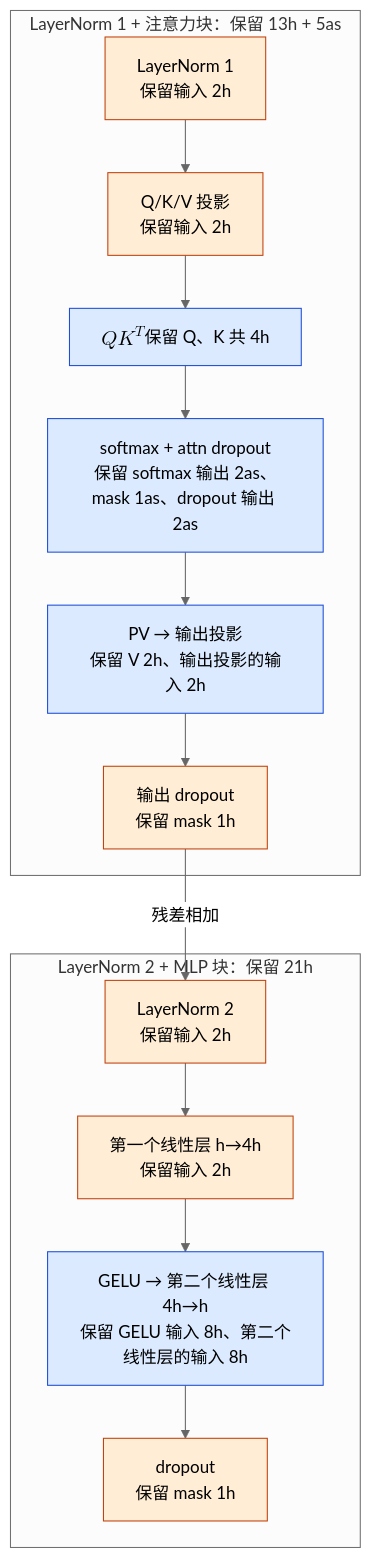
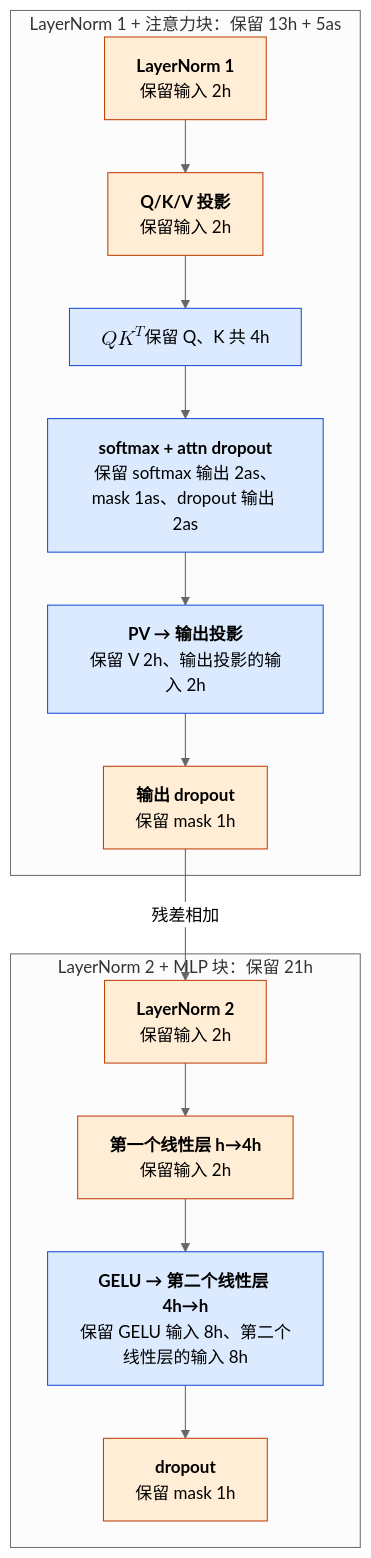
Before and after one commit to arganzheng/arganzheng.github.com: the first of 2 diagrams in _posts/2026-07-15-training-state-anatomy-memory-and-mfu.md, drawn with Mermaid (neutral theme). The commit also changed other lines of this file and 8 other files, not shown here.

First line of the commit message:
大规模训练工程：从并行策略到容错恢复：Mermaid 多行方框的首行标为标题（9 篇）

````diff
--- a/_posts/2026-07-15-training-state-anatomy-memory-and-mfu.md
+++ b/_posts/2026-07-15-training-state-anatomy-memory-and-mfu.md
@@ -365,25 +365,25 @@
 ```mermaid
 %% 图：一层为反向保留的激活：橙色六项 10h 切不开，蓝色四个节点 24h 可按 TP 切开，softmax 一项是 5as
 flowchart TB
     subgraph attn["LayerNorm 1 + 注意力块：保留 13h + 5as"]
-        LN1["LayerNorm 1<br/>保留输入 2h"]
-        QKV["Q/K/V 投影<br/>保留输入 2h"]
-        SC["$$QK^T$$<br/>保留 Q、K 共 4h"]
-        SM["softmax + attn dropout<br/>保留 softmax 输出 2as、mask 1as、dropout 输出 2as"]
-        PV["PV → 输出投影<br/>保留 V 2h、输出投影的输入 2h"]
-        DO1["输出 dropout<br/>保留 mask 1h"]
+        LN1["<b>LayerNorm 1</b><br/>保留输入 2h"]
+        QKV["<b>Q/K/V 投影</b><br/>保留输入 2h"]
+        SC["<b>$$QK^T$$</b><br/>保留 Q、K 共 4h"]
+        SM["<b>softmax + attn dropout</b><br/>保留 softmax 输出 2as、mask 1as、dropout 输出 2as"]
+        PV["<b>PV → 输出投影</b><br/>保留 V 2h、输出投影的输入 2h"]
+        DO1["<b>输出 dropout</b><br/>保留 mask 1h"]
         LN1 --> QKV --> SC --> SM --> PV --> DO1
     end
     subgraph mlp["LayerNorm 2 + MLP 块：保留 21h"]
-        LN2["LayerNorm 2<br/>保留输入 2h"]
-        FC1["第一个线性层 h→4h<br/>保留输入 2h"]
-        GE["GELU → 第二个线性层 4h→h<br/>保留 GELU 输入 8h、第二个线性层的输入 8h"]
-        DO2["dropout<br/>保留 mask 1h"]
+        LN2["<b>LayerNorm 2</b><br/>保留输入 2h"]
+        FC1["<b>第一个线性层 h→4h</b><br/>保留输入 2h"]
+        GE["<b>GELU → 第二个线性层 4h→h</b><br/>保留 GELU 输入 8h、第二个线性层的输入 8h"]
+        DO2["<b>dropout</b><br/>保留 mask 1h"]
         LN2 --> FC1 --> GE --> DO2
     end
     DO1 -- "残差相加" --> LN2
     classDef tp fill:#dbeafe,stroke:#1d4ed8;
     classDef full fill:#ffedd5,stroke:#c2410c;
     class SC,SM,PV,GE tp;
     class LN1,QKV,DO1,LN2,FC1,DO2 full;
 ```
````
